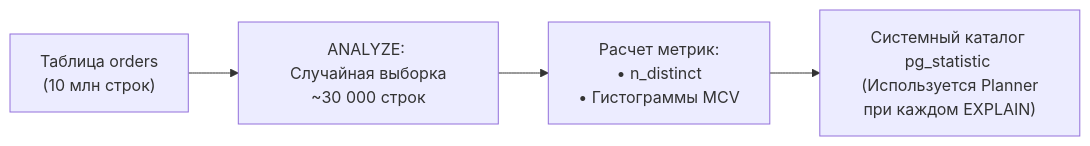
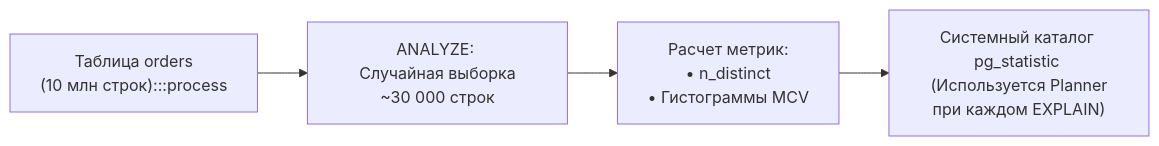
The second of 2 diagrams in sources/12. Базы данных/06. PostgreSQL/10. VACUUM, ANALYZE.md (UnrealTemplier/go-textbook), drawn with Mermaid before and after one commit. The commit also changed other lines of this file and 1666 other files, not shown here.

First line of the commit message:
feat(mermaid): add semantic color classDef to 1369 colorless flowchart/graph diagrams

````diff
--- a/sources/12. Базы данных/06. PostgreSQL/10. VACUUM, ANALYZE.md
+++ b/sources/12. Базы данных/06. PostgreSQL/10. VACUUM, ANALYZE.md
@@ -96,6 +106,16 @@
 ```mermaid
 flowchart LR
-    Table["Таблица orders <br> (10 млн строк)"] --> Sampler["ANALYZE: <br> Случайная выборка ~30 000 строк"]
+    classDef process  fill:#1e293b,stroke:#38bdf8,stroke-width:1px,color:#f8fafc
+    classDef success  fill:#064e3b,stroke:#34d399,stroke-width:1px,color:#f8fafc
+    classDef error    fill:#7f1d1d,stroke:#f87171,stroke-width:1px,color:#f8fafc
+    classDef warning  fill:#78350f,stroke:#fbbf24,stroke-width:1px,color:#f8fafc
+    classDef entry    fill:#1e3a5f,stroke:#38bdf8,stroke-width:2px,color:#f8fafc
+    classDef aux      fill:#334155,stroke:#64748b,stroke-width:1px,color:#f8fafc
+    classDef system   fill:#312e81,stroke:#a78bfa,stroke-width:1px,color:#f8fafc
+    classDef data     fill:#132d29,stroke:#2dd4bf,stroke-width:1px,color:#f8fafc
+    classDef network  fill:#881337,stroke:#fb7185,stroke-width:1px,color:#f8fafc
+    classDef accent   fill:#1e1b4b,stroke:#818cf8,stroke-width:1px,color:#f8fafc
+    Table["Таблица orders <br> (10 млн строк):::process"] --> Sampler["ANALYZE: <br> Случайная выборка ~30 000 строк"]
     Sampler --> StatsCalc["Расчет метрик: <br> • n_distinct <br> • Гистограммы MCV"]
     StatsCalc --> Catalog["Системный каталог pg_statistic <br> (Используется Planner при каждом EXPLAIN)"]
 ```
````
